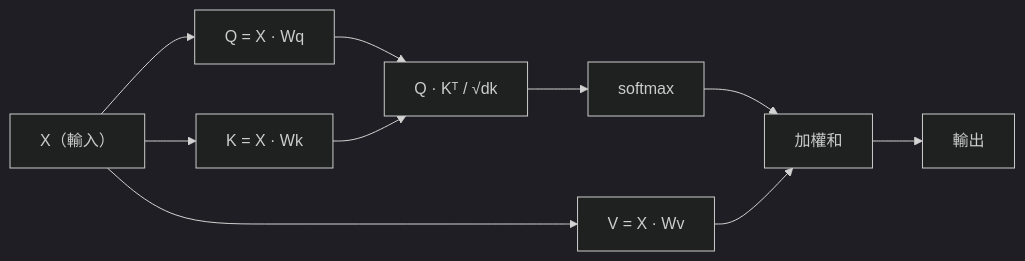
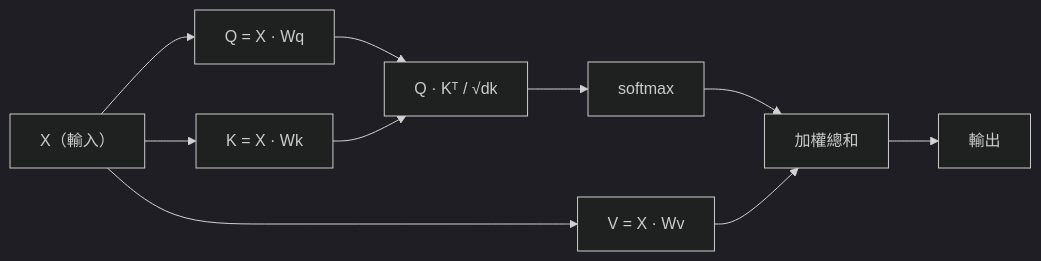
One commit to edward821220/ai-engineering-from-scratch changed the diagram in i18n/zh-TW/phases/07-transformers-deep-dive/02-self-attention-from-scratch/docs/zh-TW.md. Above: the diagram before and after it, drawn with Mermaid (dark theme). The commit also changed other lines of this file, not shown here.

````diff
--- a/i18n/zh-TW/phases/07-transformers-deep-dive/02-self-attention-from-scratch/docs/zh-TW.md
+++ b/i18n/zh-TW/phases/07-transformers-deep-dive/02-self-attention-from-scratch/docs/zh-TW.md
@@ -148,12 +147,12 @@
 ```mermaid
 flowchart LR
   X["X（輸入）"] --> Q["Q = X · Wq"]
   X --> K["K = X · Wk"]
   X --> V["V = X · Wv"]
   Q --> S["Q · Kᵀ / √dk"]
   K --> S
   S --> SM["softmax"]
-  SM --> WS["加權和"]
+  SM --> WS["加權總和"]
   V --> WS
   WS --> O["輸出"]
 ```
````
